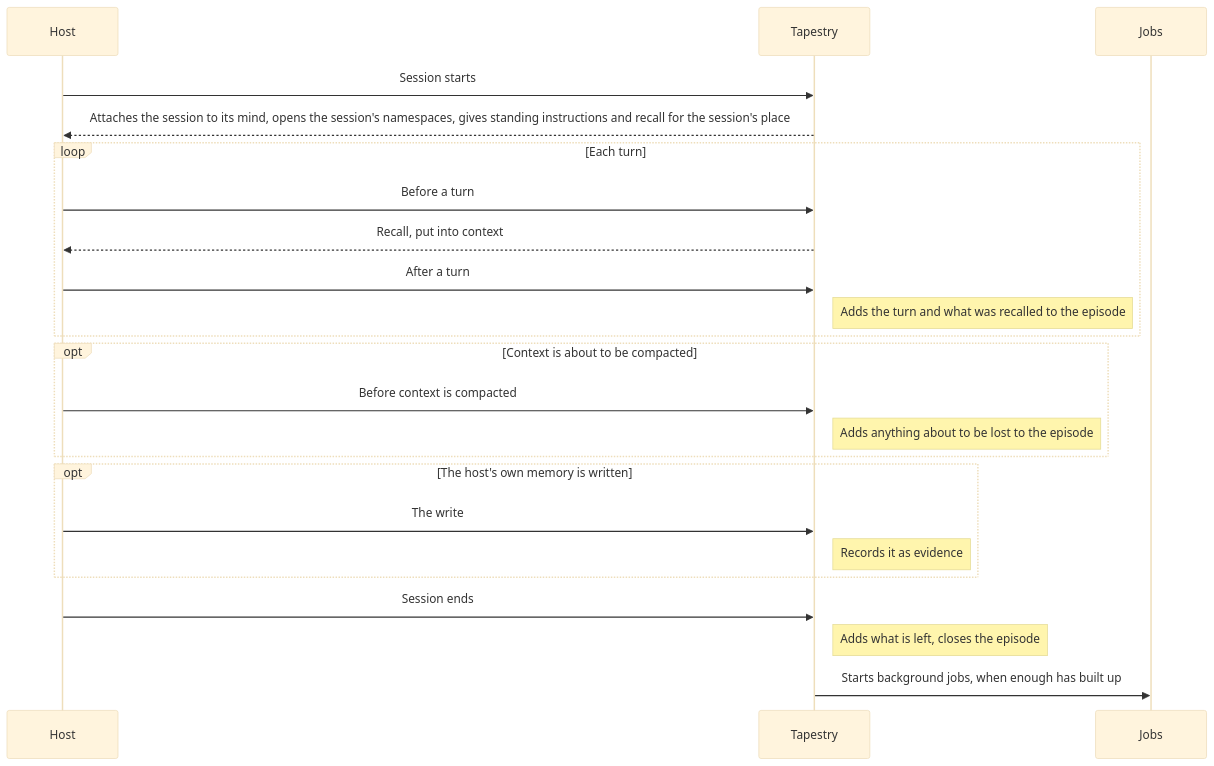
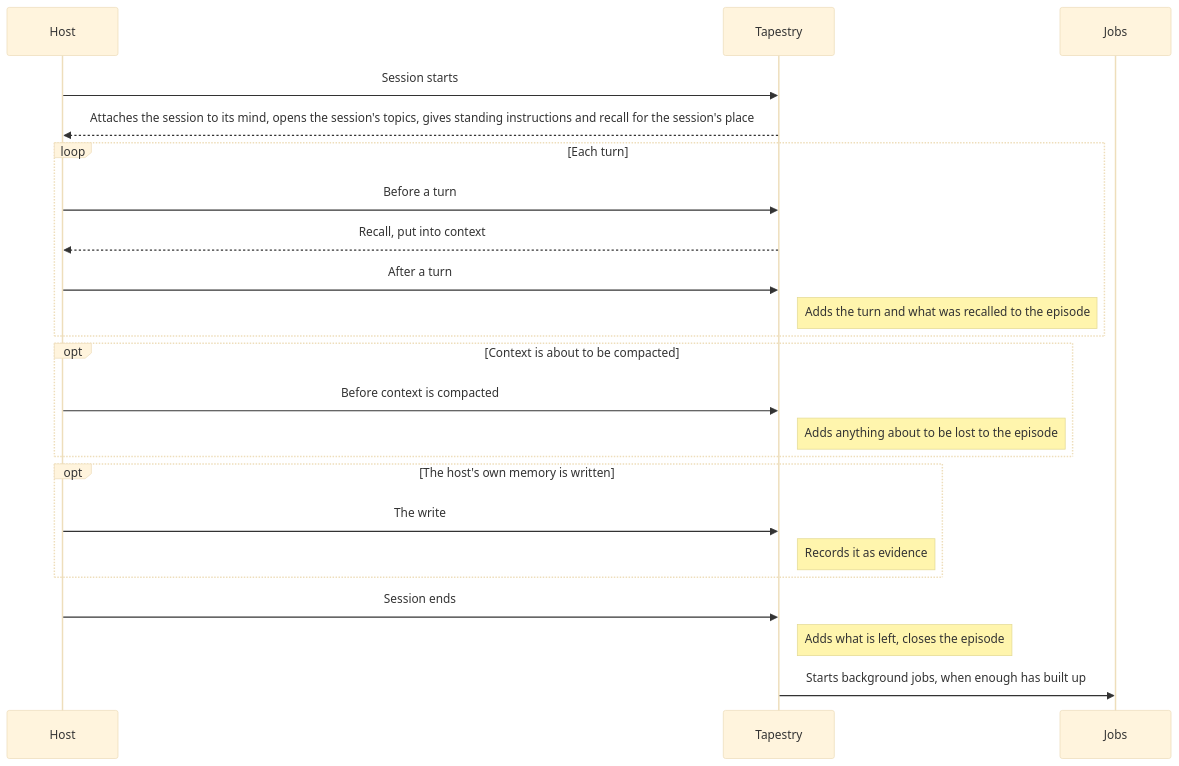
Before and after one commit to willregelmann/tapestry: the diagram in docs/interfaces/HOOKS.md, drawn with Mermaid (base theme). The commit also changed other lines of this file and 6 other files, not shown here.

````diff
--- a/docs/interfaces/HOOKS.md
+++ b/docs/interfaces/HOOKS.md
@@ -16,25 +16,25 @@
 ```mermaid
 sequenceDiagram
     participant H as Host
     participant T as Tapestry
     participant J as Jobs
     H->>T: Session starts
-    T-->>H: Attaches the session to its mind, opens the session's namespaces, gives standing instructions and recall for the session's place
+    T-->>H: Attaches the session to its mind, opens the session's topics, gives standing instructions and recall for the session's place
     loop Each turn
         H->>T: Before a turn
         T-->>H: Recall, put into context
         H->>T: After a turn
         Note right of T: Adds the turn and what was recalled to the episode
     end
     opt Context is about to be compacted
         H->>T: Before context is compacted
         Note right of T: Adds anything about to be lost to the episode
     end
     opt The host's own memory is written
         H->>T: The write
         Note right of T: Records it as evidence
     end
     H->>T: Session ends
     Note right of T: Adds what is left, closes the episode
     T->>J: Starts background jobs, when enough has built up
 ```
````
